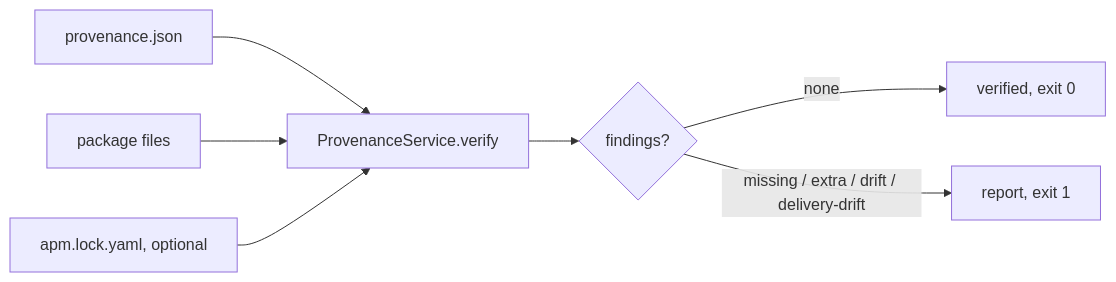
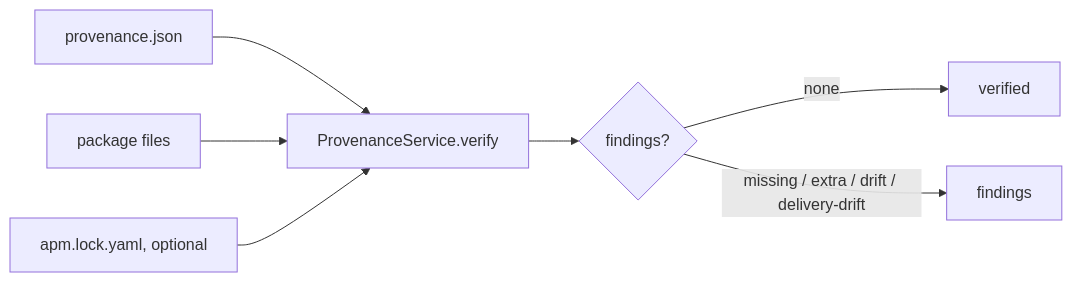
One commit to lfr-ai/agent-kit changed the third of 5 diagrams in .agents/knowledge-base/flows.md. Above: the diagram before and after it, drawn with Mermaid. The commit also changed other lines of this file and 209 other files, not shown here.

````diff
--- a/.agents/knowledge-base/flows.md
+++ b/.agents/knowledge-base/flows.md
@@ -101,9 +105,9 @@
 ```mermaid
 flowchart LR
     P[provenance.json] --> V[ProvenanceService.verify]
     F[package files] --> V
     L[apm.lock.yaml, optional] --> V
     V --> M{findings?}
-    M -- none --> OK[verified, exit 0]
-    M -- missing / extra / drift / delivery-drift --> FAIL[report, exit 1]
+    M -- none --> OK[verified]
+    M -- missing / extra / drift / delivery-drift --> FAIL[findings]
 ```
````
